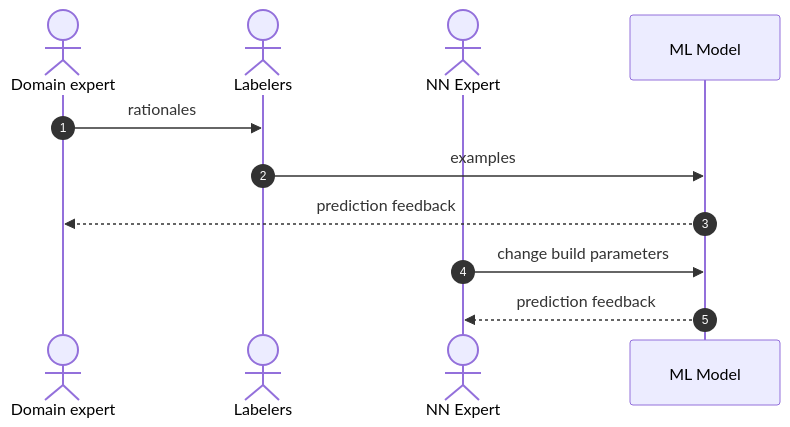
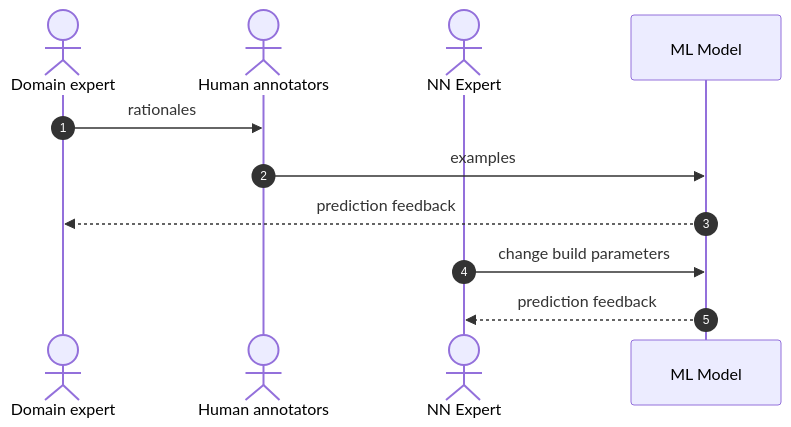
The first of 2 diagrams in tune-chatgpt/README.md (borisdev/research), drawn with Mermaid before and after one commit. The commit also changed other lines of this file, not shown here.

````diff
--- a/tune-chatgpt/README.md
+++ b/tune-chatgpt/README.md
@@ -41,13 +41,13 @@
 ```mermaid
 sequenceDiagram
     autonumber
     actor E as Domain expert
-    actor L as Labelers
+    actor L as Human annotators
     actor NN as NN Expert
     participant M as ML Model
     E->>L: rationales
     L->>M: examples
     M-->>E: prediction feedback
     NN->>M: change build parameters
     M-->>NN: prediction feedback
 ```
````
